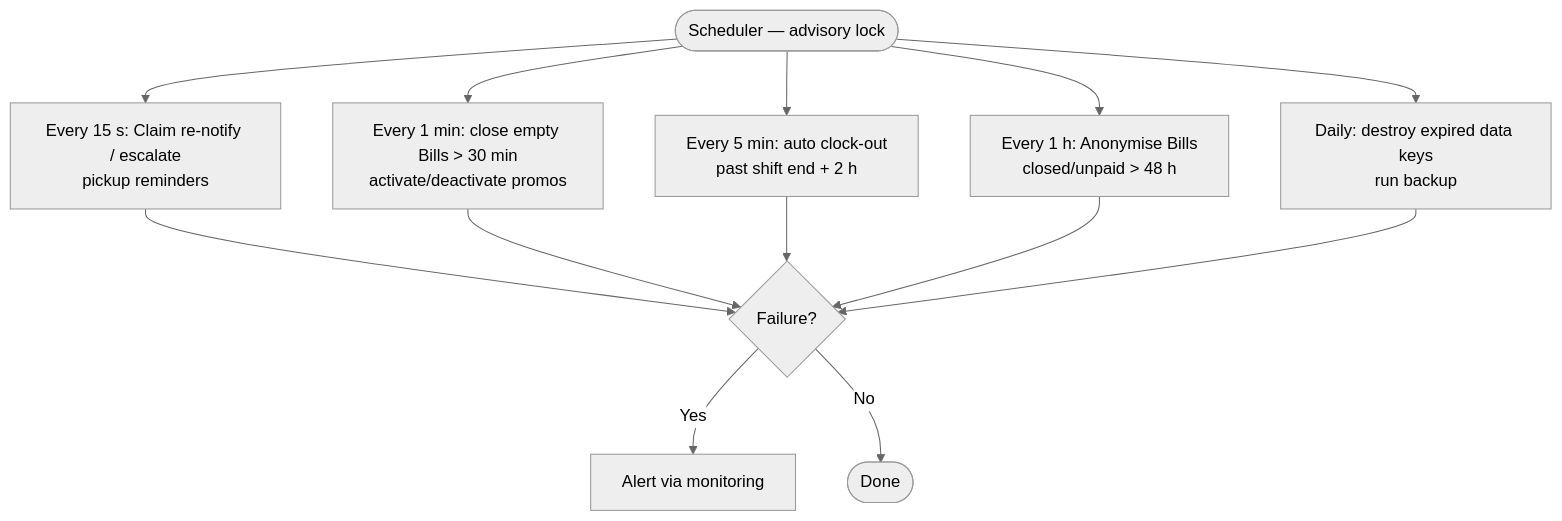
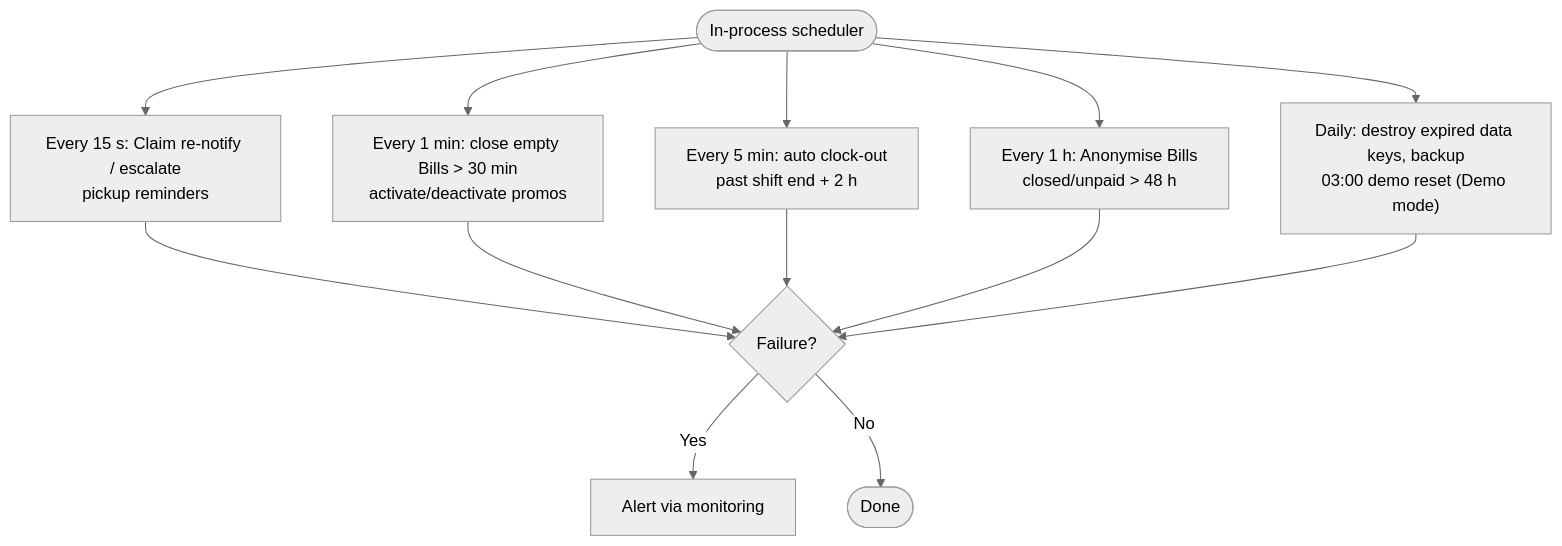
One commit to morpikssolutionsDev/Shusi_latte changed diagram 35 of 35 in docs/OVERVIEW-AND-FLOWS.md. Above: the diagram before and after it, drawn with Mermaid (neutral theme). The commit also changed other lines of this file and 105 other files, not shown here.

````diff
--- a/docs/OVERVIEW-AND-FLOWS.md
+++ b/docs/OVERVIEW-AND-FLOWS.md
@@ -886,11 +887,11 @@
 ```mermaid
 flowchart TD
-  S([Scheduler — advisory lock]) --> J1["Every 15 s: Claim re-notify / escalate<br/>pickup reminders"]
+  S([In-process scheduler]) --> J1["Every 15 s: Claim re-notify / escalate<br/>pickup reminders"]
   S --> J2["Every 1 min: close empty Bills > 30 min<br/>activate/deactivate promos"]
   S --> J3["Every 5 min: auto clock-out<br/>past shift end + 2 h"]
   S --> J4["Every 1 h: Anonymise Bills<br/>closed/unpaid > 48 h"]
-  S --> J5["Daily: destroy expired data keys<br/>run backup"]
+  S --> J5["Daily: destroy expired data keys, backup<br/>03:00 demo reset (Demo mode)"]
   J1 & J2 & J3 & J4 & J5 --> F{Failure?}
   F -->|Yes| A[Alert via monitoring]
   F -->|No| OK([Done])
 ```
````
